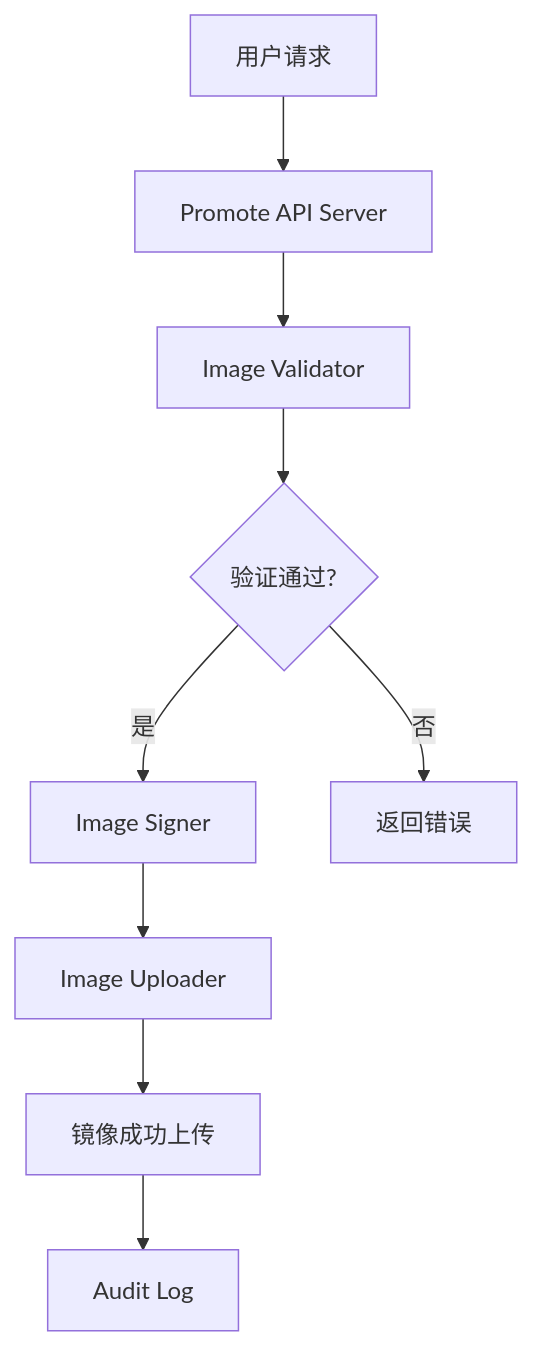
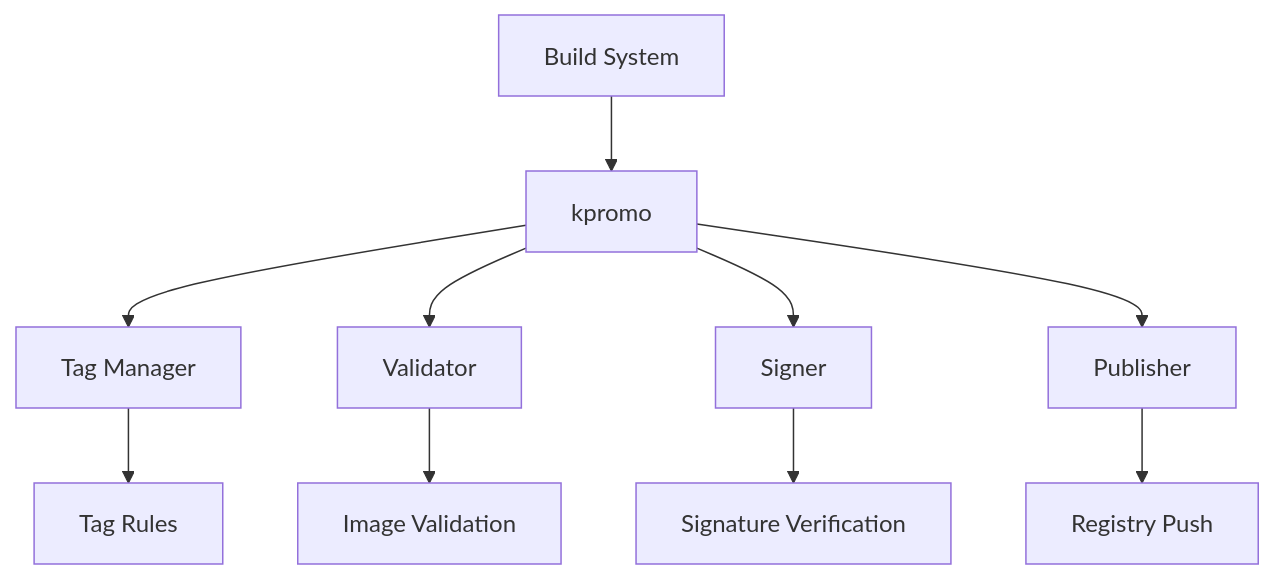
The diagram in content/posts/2026-03-17-the-invisible-rewrite-modernizing-the-kubernetes-image-promoter.md (ape902/laoguo.github.io), drawn with Mermaid before and after one commit. The commit also changed other lines of this file, not shown here.

Commit message:
发布新文章：2026-03-17-the-invisible-rewrite-modernizing-the-kubernetes-image-promoter.md

````diff
--- a/content/posts/2026-03-17-the-invisible-rewrite-modernizing-the-kubernetes-image-promoter.md
+++ b/content/posts/2026-03-17-the-invisible-rewrite-modernizing-the-kubernetes-image-promoter.md
@@ -56,11 +46,12 @@
 ```mermaid
 graph TD
-    A[用户请求] --> B[Promote API Server]
-    B --> C[Image Validator]
-    C --> D{验证通过?}
-    D -->|是| E[Image Signer]
-    D -->|否| F[返回错误]
-    E --> G[Image Uploader]
-    G --> H[镜像成功上传]
-    H --> I[Audit Log]
+    A[Build System] --> B[kpromo]
+    B --> C[Tag Manager]
+    B --> D[Validator]
+    B --> E[Signer]
+    B --> F[Publisher]
+    C --> G[Tag Rules]
+    D --> H[Image Validation]
+    E --> I[Signature Verification]
+    F --> J[Registry Push]
 ```
````
